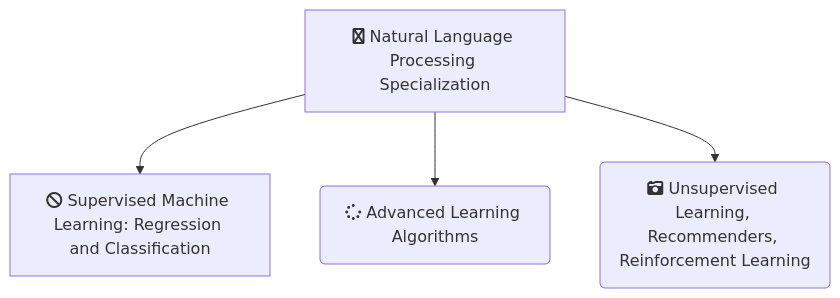
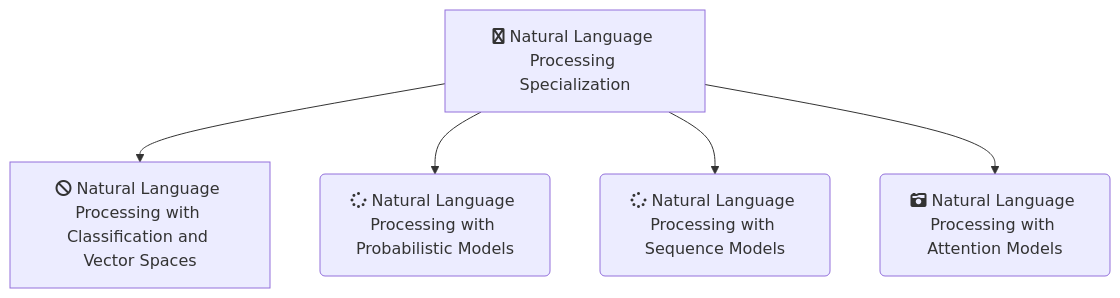
The diagram in README.md (shantanu1109/Coursera-DeepLearning.AI-Natural-Language-Processing-Specialization), drawn with Mermaid before and after one commit.

````diff
--- a/README.md
+++ b/README.md
@@ -45,7 +45,8 @@
 ```mermaid
 flowchart TD
     B["fa:fa-twitter Natural Language Processing Specialization"]
-    B-->C[fa:fa-ban Supervised Machine Learning: Regression and Classification]
-    B-->D(fa:fa-spinner Advanced Learning Algorithms);
-    B-->E(fa:fa-camera-retro Unsupervised Learning, Recommenders, Reinforcement Learning)
+    B-->C[fa:fa-ban Natural Language Processing with Classification and Vector Spaces]
+    B-->D(fa:fa-spinner Natural Language Processing with Probabilistic Models);
+    B-->E(fa:fa-spinner Natural Language Processing with Sequence Models);
+    B-->F(fa:fa-camera-retro Natural Language Processing with Attention Models)
 ```
````
